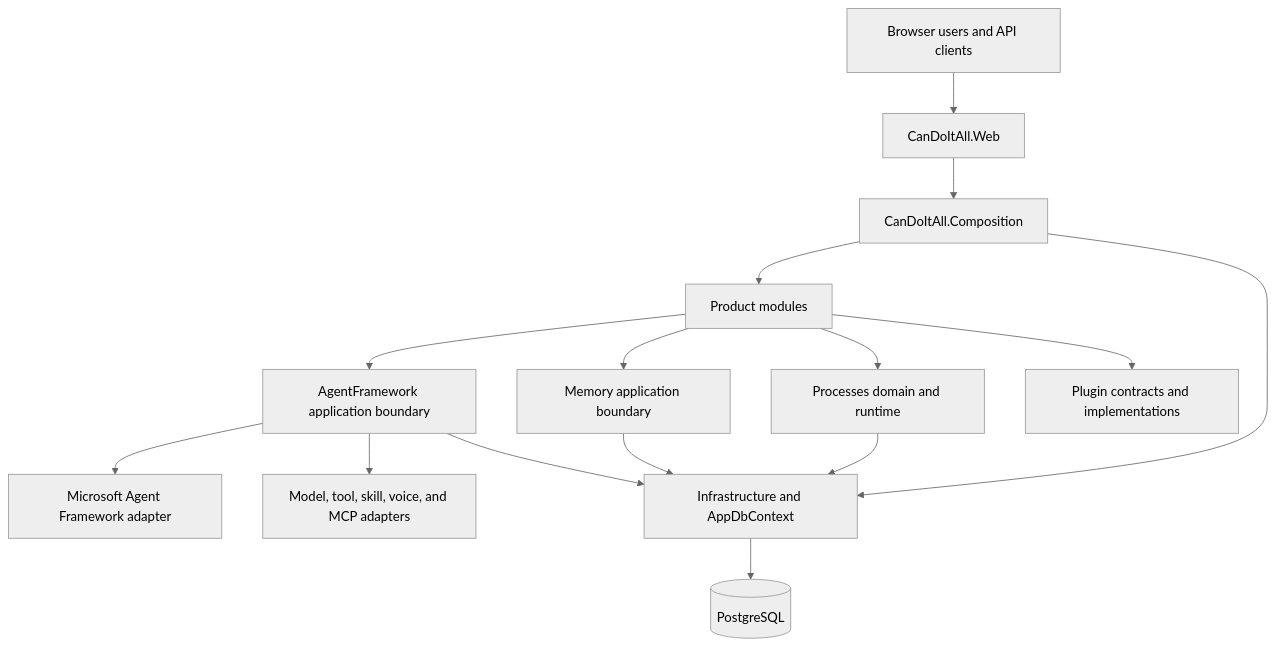
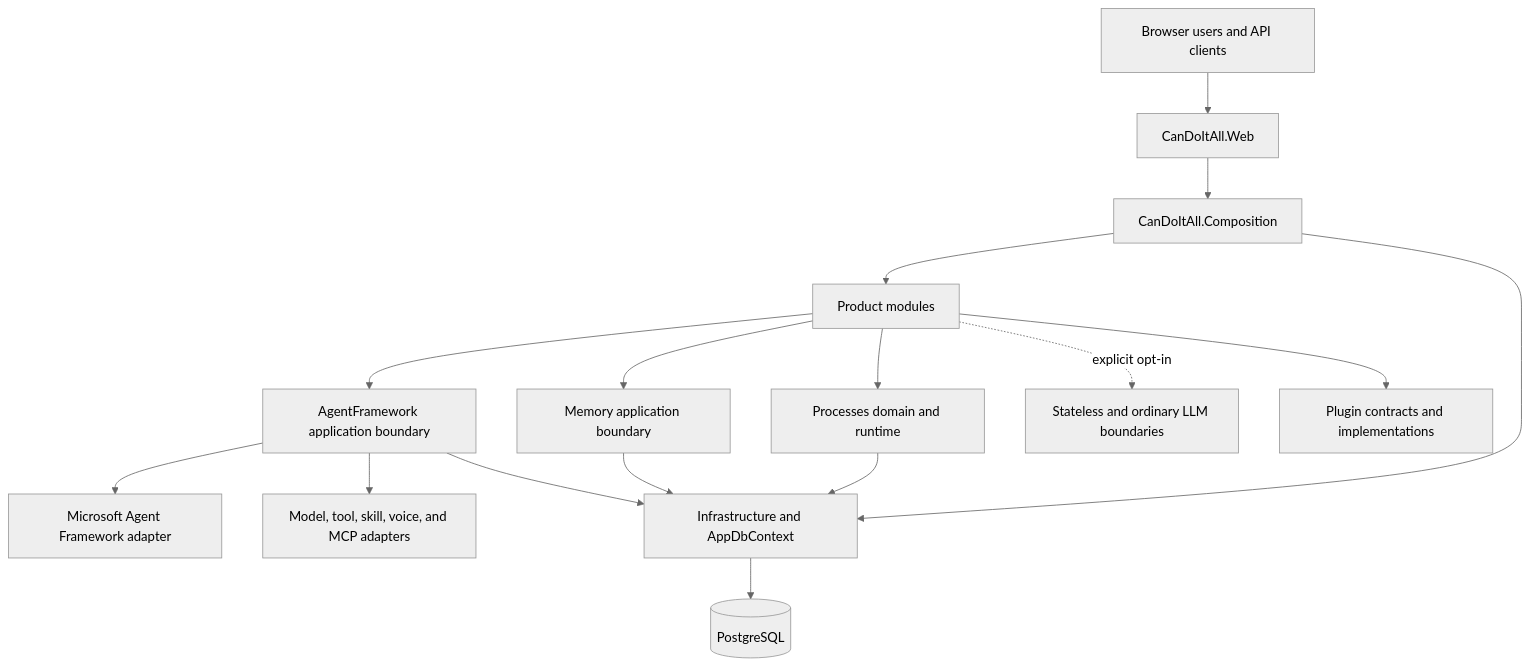
One commit to fyziktom/CanDoItAll changed the diagram in docs/architecture/overview.md. Above: the diagram before and after it, drawn with Mermaid (neutral theme). The commit also changed other lines of this file and 5 other files, not shown here.

````diff
--- a/docs/architecture/overview.md
+++ b/docs/architecture/overview.md
@@ -9,17 +9,18 @@
 ```mermaid
 flowchart TB
     Users["Browser users and API clients"] --> Web["CanDoItAll.Web"]
     Web --> Composition["CanDoItAll.Composition"]
     Composition --> Modules["Product modules"]
     Modules --> Processes["Processes domain and runtime"]
     Modules --> Memory["Memory application boundary"]
     Modules --> AgentFramework["AgentFramework application boundary"]
     AgentFramework --> Maf["Microsoft Agent Framework adapter"]
     AgentFramework --> Providers["Model, tool, skill, voice, and MCP adapters"]
+    Modules -. explicit opt-in .-> LightweightLlm["Stateless and ordinary LLM boundaries"]
     Modules --> Plugins["Plugin contracts and implementations"]
     Composition --> Infrastructure["Infrastructure and AppDbContext"]
     Processes --> Infrastructure
     Memory --> Infrastructure
     AgentFramework --> Infrastructure
     Infrastructure --> PostgreSQL[("PostgreSQL")]
 ```
````
